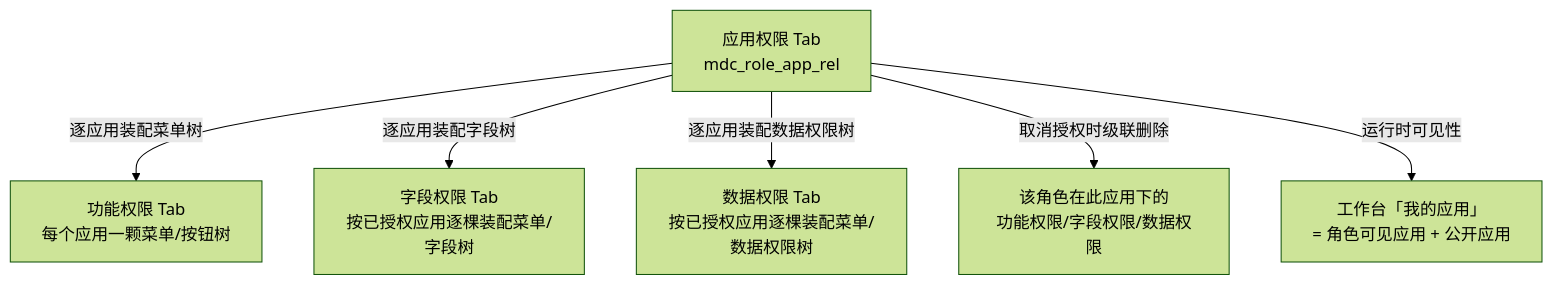
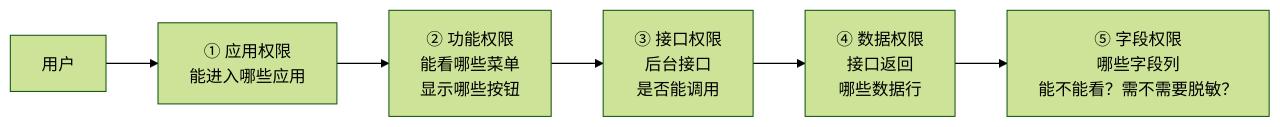
Before and after one commit to henhen6/mdp-docs: the second of 2 diagrams in src/doc/advanced/角色管理.md, drawn with Mermaid (forest theme). The commit also changed other lines of this file and 8 other files, not shown here.

````diff
--- a/src/doc/advanced/角色管理.md
+++ b/src/doc/advanced/角色管理.md
@@ -104,8 +83,8 @@
 ```mermaid
-flowchart TB
-    APP["应用权限 Tab<br/>mdc_role_app_rel"] -->|"逐应用装配菜单树"| FUNC["功能权限 Tab<br/>每个应用一颗菜单/按钮树"]
-    APP -->|"逐应用装配字段树"| FIELD["字段权限 Tab<br/>按已授权应用逐棵装配菜单/字段树"]
-    APP -->|"逐应用装配数据权限树"| DATAS["数据权限 Tab<br/>按已授权应用逐棵装配菜单/数据权限树"]
-    APP -->|"取消授权时级联删除"| CASCADE["该角色在此应用下的<br/>功能权限/字段权限/数据权限"]
-    APP -->|"运行时可见性"| WORKBENCH["工作台「我的应用」<br/>= 角色可见应用 + 公开应用"]
+flowchart LR
+    U["用户"] --> A["① 应用权限<br/>能进入哪些应用"]
+    A --> F["② 功能权限<br/>能看哪些菜单<br/>显示哪些按钮"]
+    F --> I["③ 接口权限<br/>后台接口<br/>是否能调用"]
+    I --> D["④ 数据权限<br/>接口返回<br/>哪些数据行"]
+    D --> FD["⑤ 字段权限<br/>哪些字段列<br/>能不能看？需不需要脱敏？"]
 ```
````
